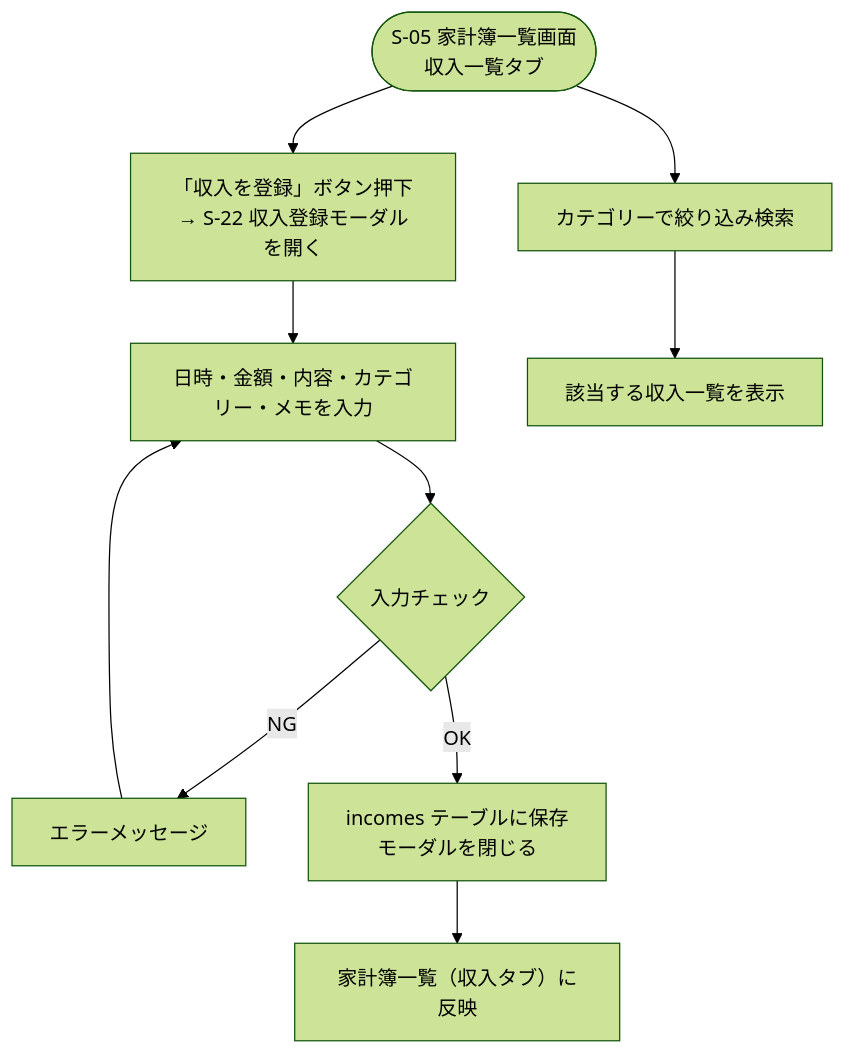
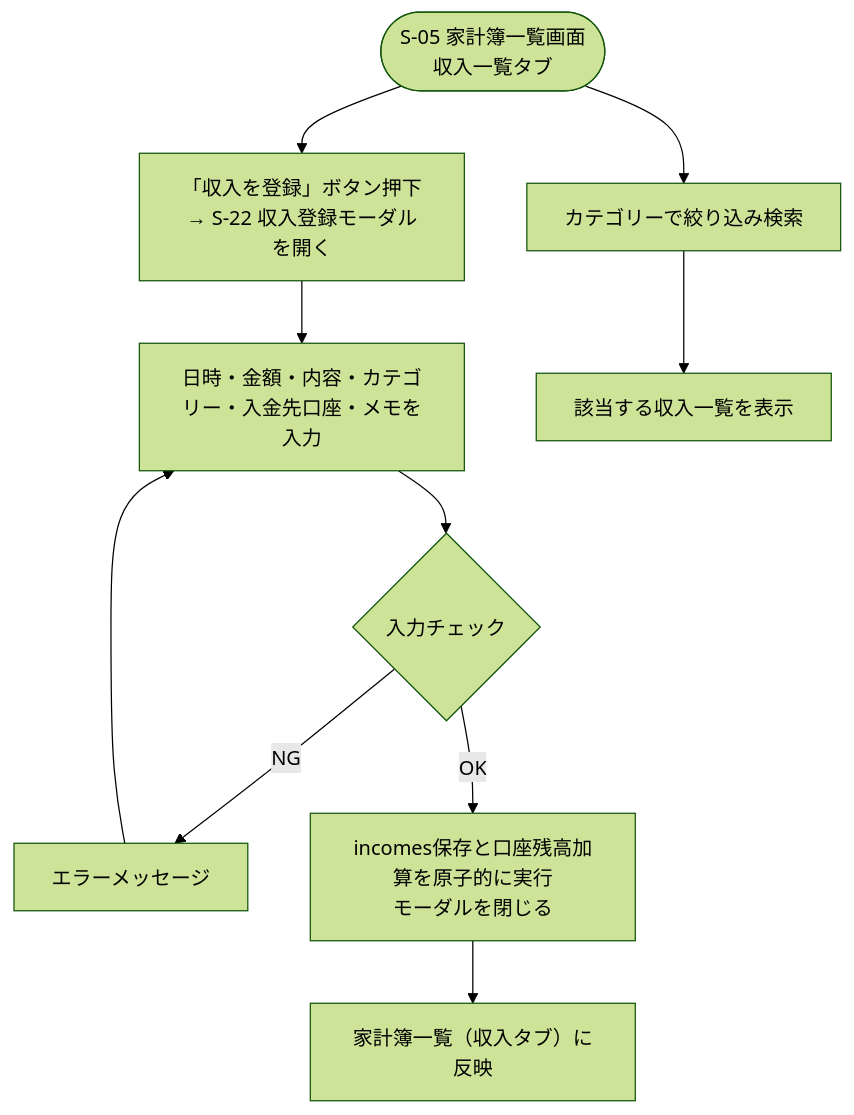
One commit to yamamotonaoki3/HomeLog changed the diagram in docs/details/features/F13_kakeibo_income.md. Above: the diagram before and after it, drawn with Mermaid (forest theme). The commit also changed other lines of this file and 23 other files, not shown here.

````diff
--- a/docs/details/features/F13_kakeibo_income.md
+++ b/docs/details/features/F13_kakeibo_income.md
@@ -23,12 +23,12 @@
 ```mermaid
 flowchart TD
     A([S-05 家計簿一覧画面\n収入一覧タブ]) --> B["「収入を登録」ボタン押下\n→ S-22 収入登録モーダルを開く"]
-    B --> C[日時・金額・内容・カテゴリー・メモを入力]
+    B --> C[日時・金額・内容・カテゴリー・入金先口座・メモを入力]
     C --> D{入力チェック}
     D -- NG --> E[エラーメッセージ]
     E --> C
-    D -- OK --> F[incomes テーブルに保存\nモーダルを閉じる]
+    D -- OK --> F[incomes保存と口座残高加算を原子的に実行\nモーダルを閉じる]
     F --> G[家計簿一覧（収入タブ）に反映]
     A --> H[カテゴリーで絞り込み検索]
     H --> I[該当する収入一覧を表示]
 ```
````
